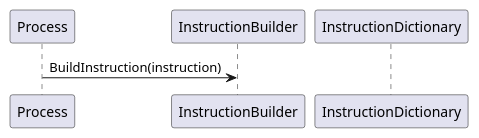
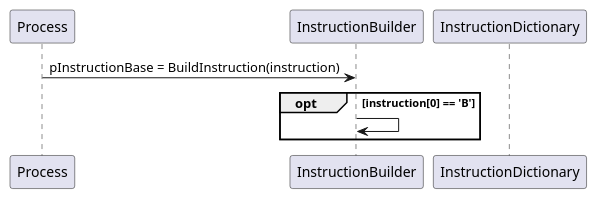
The diagram in docs/Instruction_Execution.md (KaravolisL/ARM-ISA-Simulator), drawn with PlantUML before and after one commit. The commit also changed other lines of this file and 2 other files, not shown here.

Commit message:
Initial InstructionBuilder design

````diff
--- a/docs/Instruction_Execution.md
+++ b/docs/Instruction_Execution.md
@@ -3,13 +3,19 @@
 ```plantuml
 @startuml
 
 participant Process
 participant InstructionBuilder as IB
 participant InstructionDictionary as ID
 
 
-Process -> IB: BuildInstruction(instruction)
+Process -> IB: pInstructionBase = BuildInstruction(instruction)
+
+opt instruction[0] == 'B'
+
+IB -> IB
+
+end
 
 
 @enduml
 ```
````
